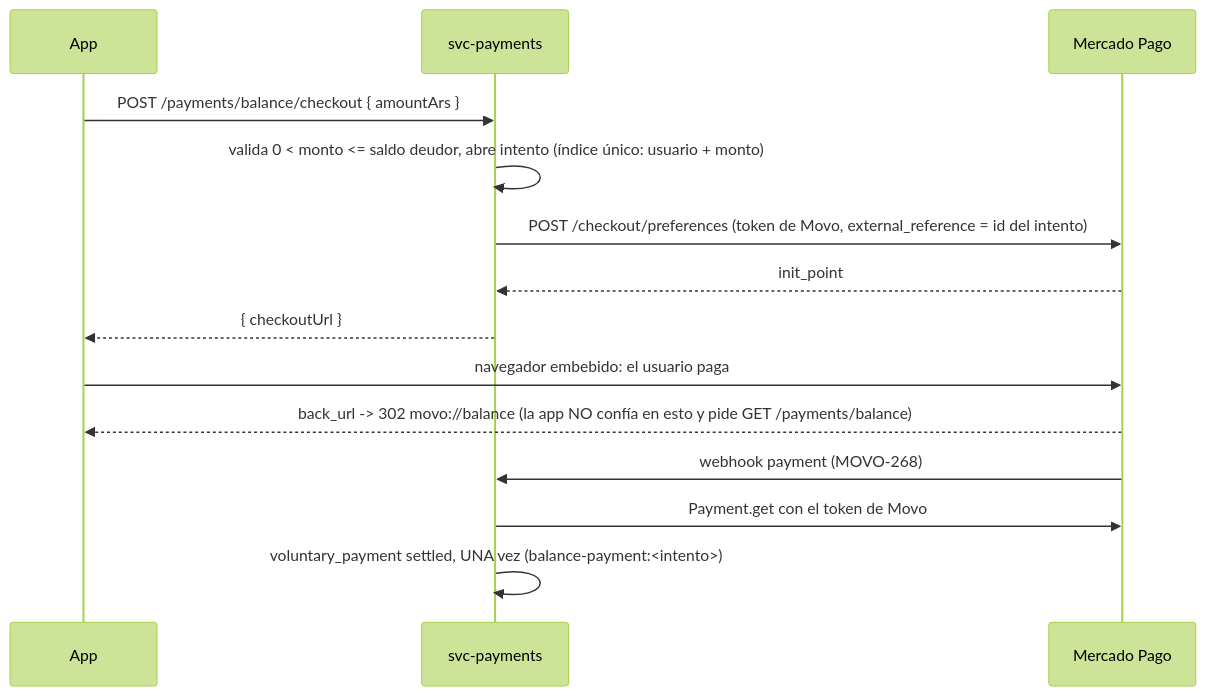
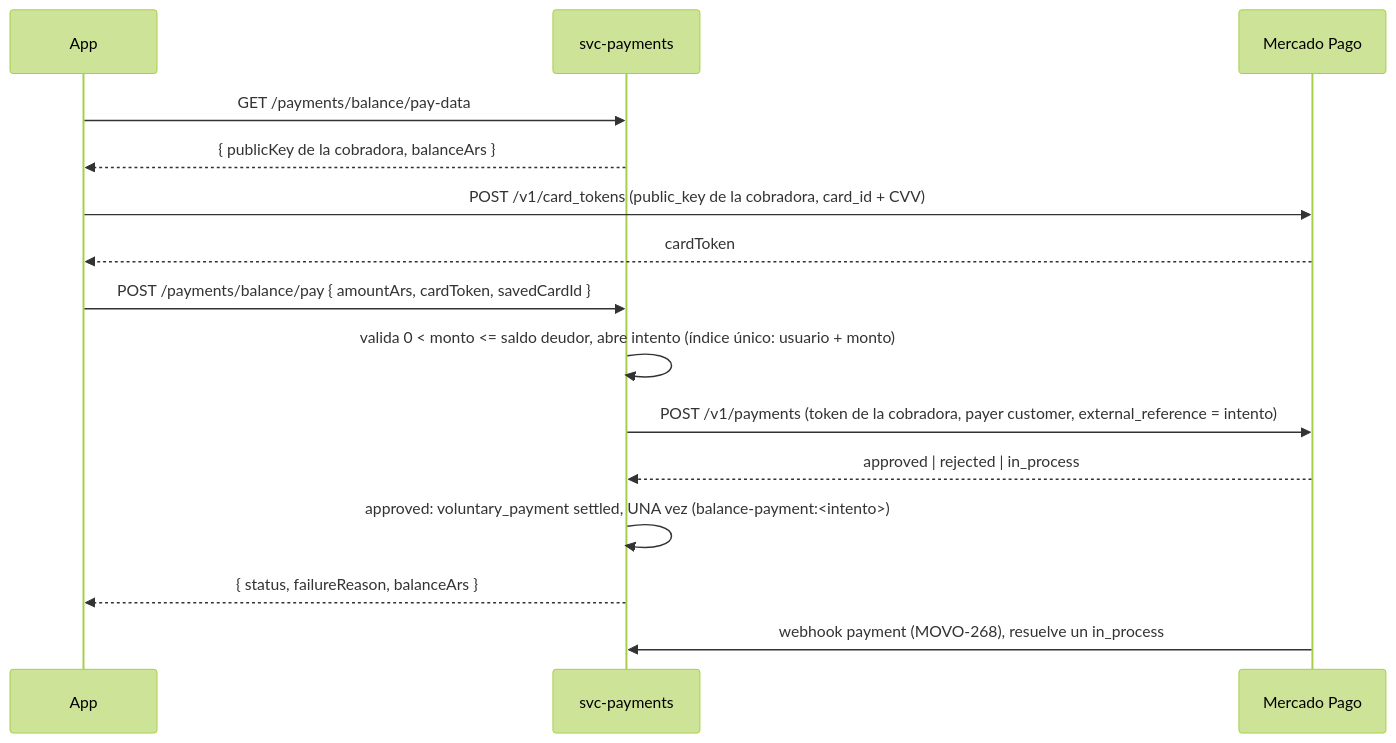
One commit to movosend/movo changed the ninth of 11 diagrams in docs/payments/flujo-de-pagos.md. Above: the diagram before and after it, drawn with Mermaid (forest theme). The commit also changed other lines of this file and 31 other files, not shown here.

First line of the commit message:
feat(payments): pagar mi saldo con checkout api, sin salir de la app [MOVO-312]

````diff
--- a/docs/payments/flujo-de-pagos.md
+++ b/docs/payments/flujo-de-pagos.md
@@ -356,16 +359,17 @@
 ```mermaid
 sequenceDiagram
     participant A as App
     participant P as svc-payments
     participant M as Mercado Pago
-    A->>P: POST /payments/balance/checkout { amountArs }
+    A->>P: GET /payments/balance/pay-data
+    P-->>A: { publicKey de la cobradora, balanceArs }
+    A->>M: POST /v1/card_tokens (public_key de la cobradora, card_id + CVV)
+    M-->>A: cardToken
+    A->>P: POST /payments/balance/pay { amountArs, cardToken, savedCardId }
     P->>P: valida 0 < monto <= saldo deudor, abre intento (índice único: usuario + monto)
-    P->>M: POST /checkout/preferences (token de Movo, external_reference = id del intento)
-    M-->>P: init_point
-    P-->>A: { checkoutUrl }
-    A->>M: navegador embebido: el usuario paga
-    M-->>A: back_url -> 302 movo://balance (la app NO confía en esto y pide GET /payments/balance)
-    M->>P: webhook payment (MOVO-268)
-    P->>M: Payment.get con el token de Movo
-    P->>P: voluntary_payment settled, UNA vez (balance-payment:<intento>)
+    P->>M: POST /v1/payments (token de la cobradora, payer customer, external_reference = intento)
+    M-->>P: approved | rejected | in_process
+    P->>P: approved: voluntary_payment settled, UNA vez (balance-payment:<intento>)
+    P-->>A: { status, failureReason, balanceArs }
+    M->>P: webhook payment (MOVO-268), resuelve un in_process
 ```
````
